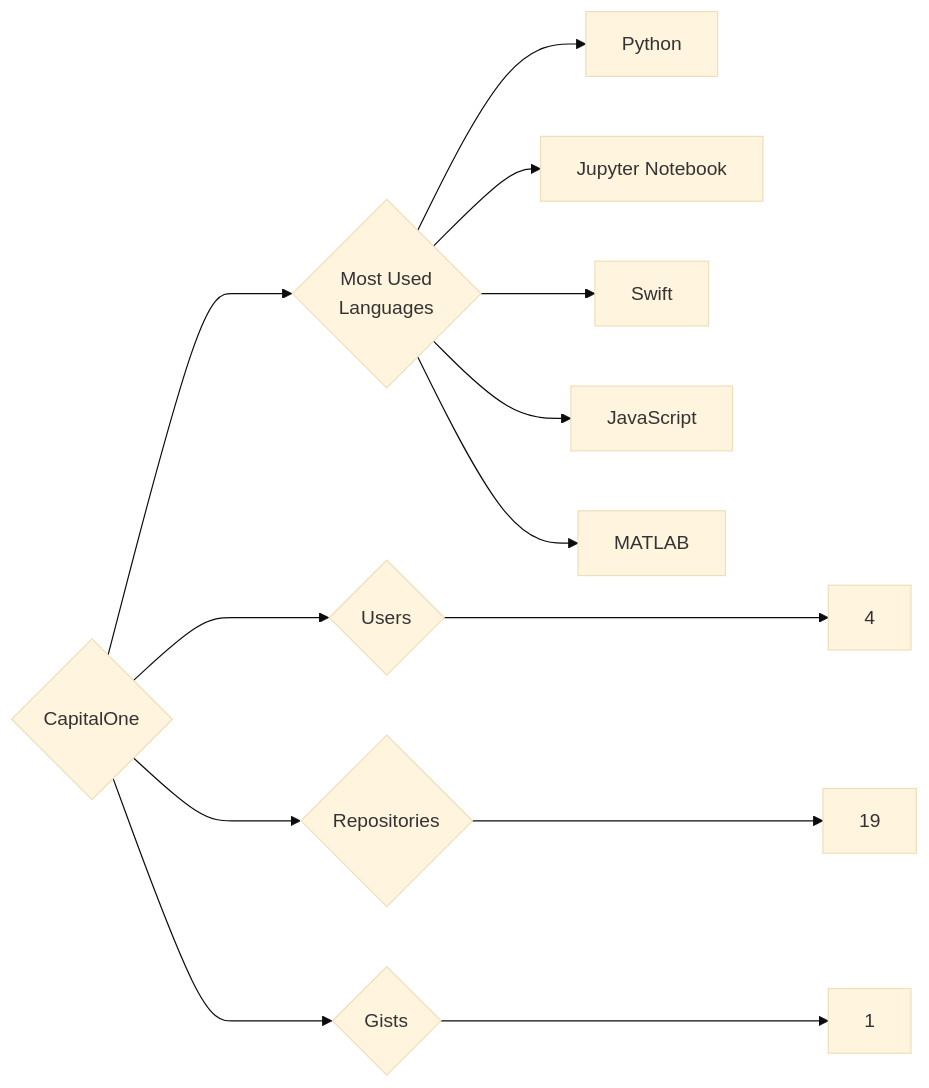
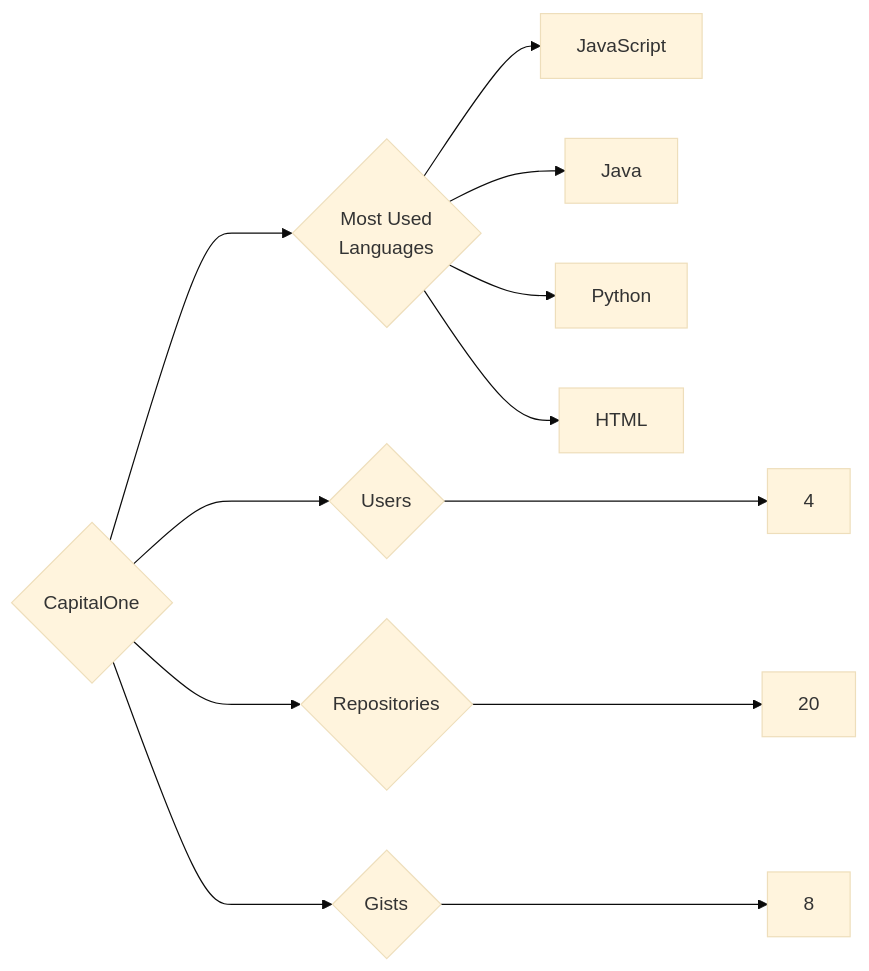
The diagram in targets/CapitalOne/README.md (trickest/insiders), drawn with Mermaid (base theme) before and after one commit. The commit also changed 988 other files, not shown here.

````diff
--- a/targets/CapitalOne/README.md
+++ b/targets/CapitalOne/README.md
@@ -3,13 +3,12 @@
 ```mermaid
 graph LR
 COMPANY_NAME{CapitalOne}
 COMPANY_NAME ---> U{Users} ---> UN[4]
-COMPANY_NAME ---> R{Repositories} ---> RN[19]
-COMPANY_NAME ---> G{Gists} ---> GN[1]
+COMPANY_NAME ---> R{Repositories} ---> RN[20]
+COMPANY_NAME ---> G{Gists} ---> GN[8]
 COMPANY_NAME ---> ML{Most Used<br>Languages}
+ML --> JavaScript[JavaScript]
+ML --> Java[Java]
 ML --> Python[Python]
-ML --> Jupyter_Notebook[Jupyter Notebook]
-ML --> Swift[Swift]
-ML --> JavaScript[JavaScript]
-ML --> MATLAB[MATLAB]
+ML --> HTML[HTML]
 ```
````
